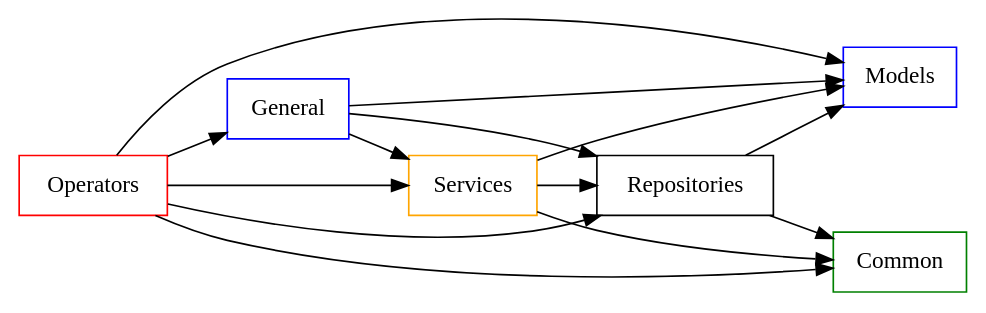
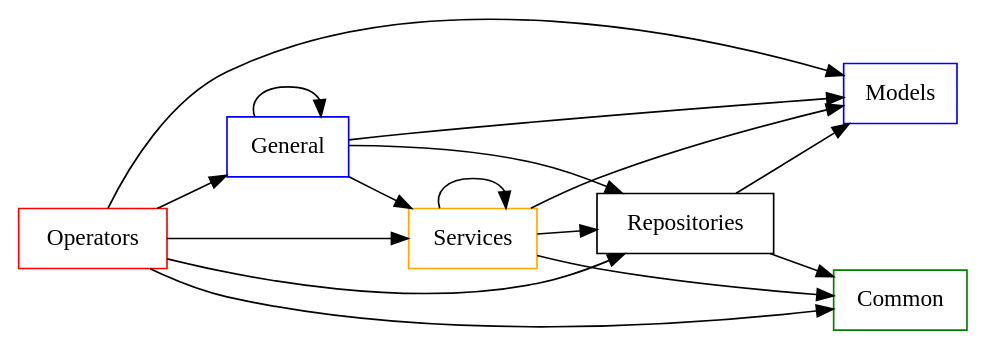
Before and after one commit to knowark/knowarkitecture: the second of 2 diagrams in docs/2_implantacion/2.1_aplication/index.rst, drawn with Graphviz. The commit also changed other lines of this file and 2 other files, not shown here.

Commit message:
Definir capa general.

```diff
--- a/docs/2_implantacion/2.1_aplication/index.rst
+++ b/docs/2_implantacion/2.1_aplication/index.rst
@@ -71,16 +71,16 @@
 .. graphviz::
 
     digraph G {
         rankdir = LR
         Operators [shape=box, color=red]
         Models [shape=box, color=blue]
         Repositories [shape=box]
         Common [shape=box, color=green]
         Services [shape=box, color=orange]
         General [shape=box, color=blue]
 
-        Services -> {Models, Repositories, Common}
+        Services -> {Models, Repositories, Common, Services}
         Repositories -> {Models, Common}
         Operators -> {Services, General, Models, Repositories, Common}
-        General -> {Services, Models, Repositories}
+        General -> {Services, Models, Repositories, General}
     }
```
